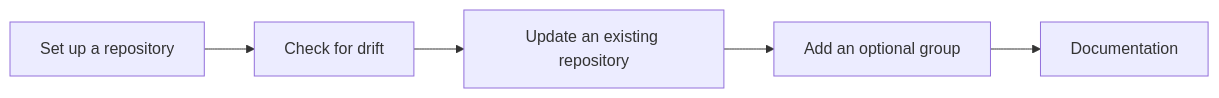
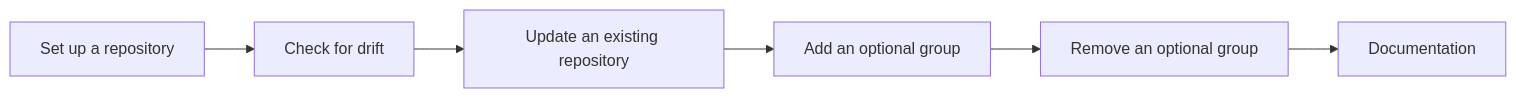
Before and after one commit to virajp/bootstrap: the diagram in docs/blueprint/product.md, drawn with Mermaid. The commit also changed other lines of this file and 6 other files, not shown here.

Commit message:
docs: blueprint flows cli/140-add-group and cli/150-remove-group

````diff
--- a/docs/blueprint/product.md
+++ b/docs/blueprint/product.md
@@ -87,7 +88,8 @@
 ```mermaid
 flowchart LR
     A[Set up a repository] --> B[Check for drift]
     B --> C[Update an existing repository]
     C --> D[Add an optional group]
-    D --> E[Documentation]
+    D --> F[Remove an optional group]
+    F --> E[Documentation]
 ```
````
